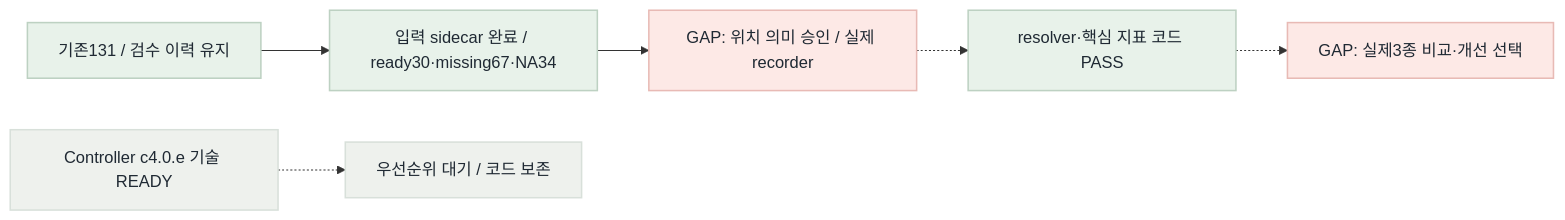
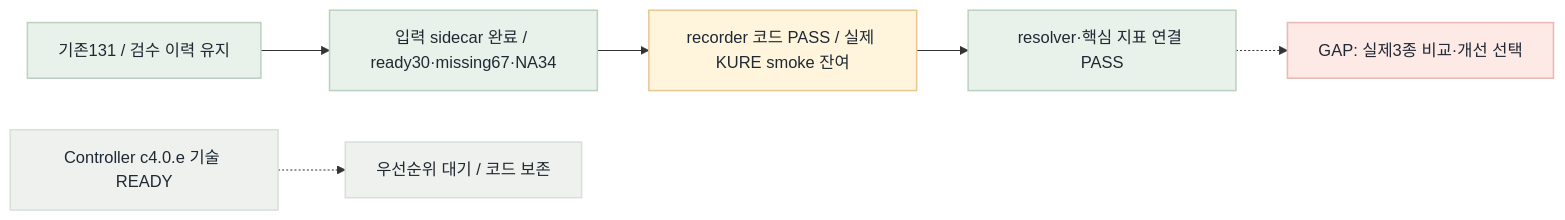
Before and after one commit to KongSeok/sprint-public-procurement-rag-assistant: the diagram in fivecircles/work/2026-09-05-search-first-relay-current-flow.mmd, drawn with Mermaid. The commit also changed 14 other files, not shown here.

```diff
--- a/fivecircles/work/2026-09-05-search-first-relay-current-flow.mmd
+++ b/fivecircles/work/2026-09-05-search-first-relay-current-flow.mmd
@@ -1,12 +1,14 @@
 flowchart LR
   A["기존131 / 검수 이력 유지"] --> B["입력 sidecar 완료 / ready30·missing67·NA34"]
-  B --> C["GAP: 위치 의미 승인 / 실제 recorder"]
-  C -.-> D["resolver·핵심 지표 코드 PASS"]
+  B --> C["recorder 코드 PASS / 실제 KURE smoke 잔여"]
+  C --> D["resolver·핵심 지표 연결 PASS"]
   D -.-> E["GAP: 실제3종 비교·개선 선택"]
   F["Controller c4.0.e 기술 READY"] -.-> G["우선순위 대기 / 코드 보존"]
   classDef green fill:#e8f2ea,stroke:#bdd1c2,color:#1f2933,stroke-width:1.5px
   classDef red fill:#fde9e6,stroke:#e8bab5,color:#1f2933,stroke-width:1.5px
   classDef gray fill:#eef1ed,stroke:#d8e0da,color:#1f2933,stroke-width:1.5px
+  classDef amber fill:#fff4dc,stroke:#e7c88f,color:#1f2933,stroke-width:1.5px
   class A,B,D green
-  class C,E red
+  class C amber
+  class E red
   class F,G gray
```
